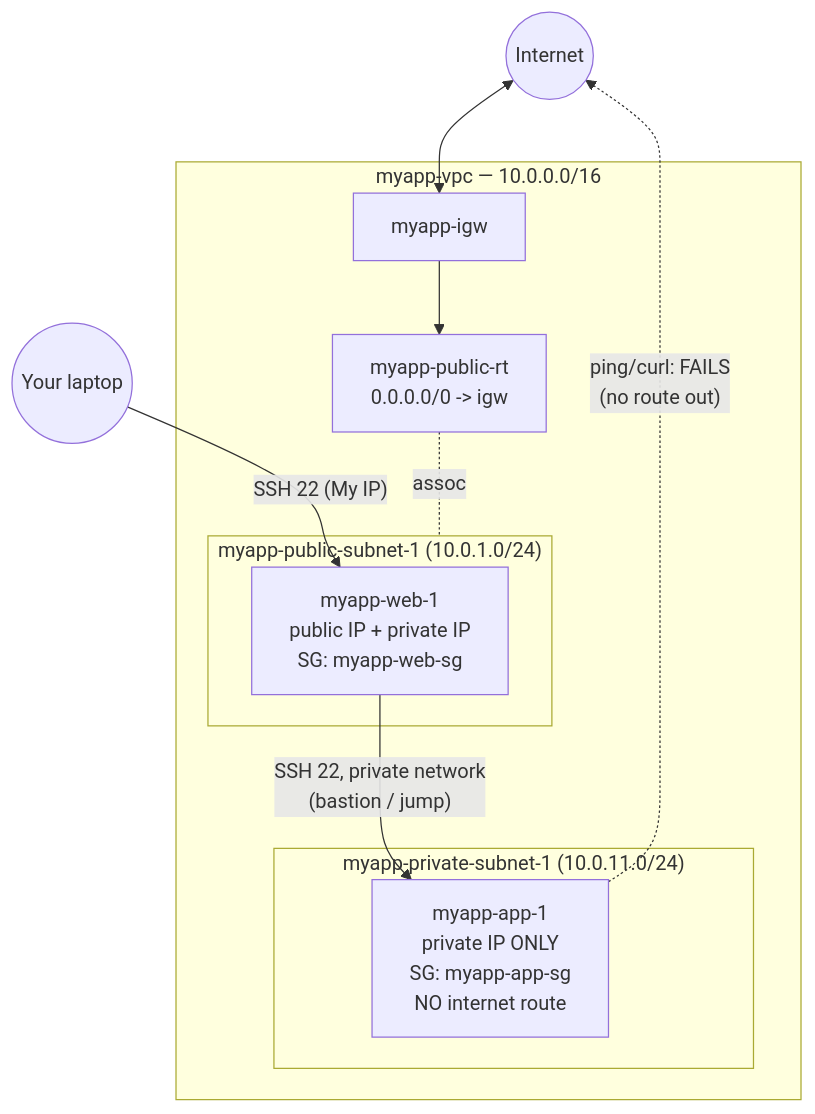
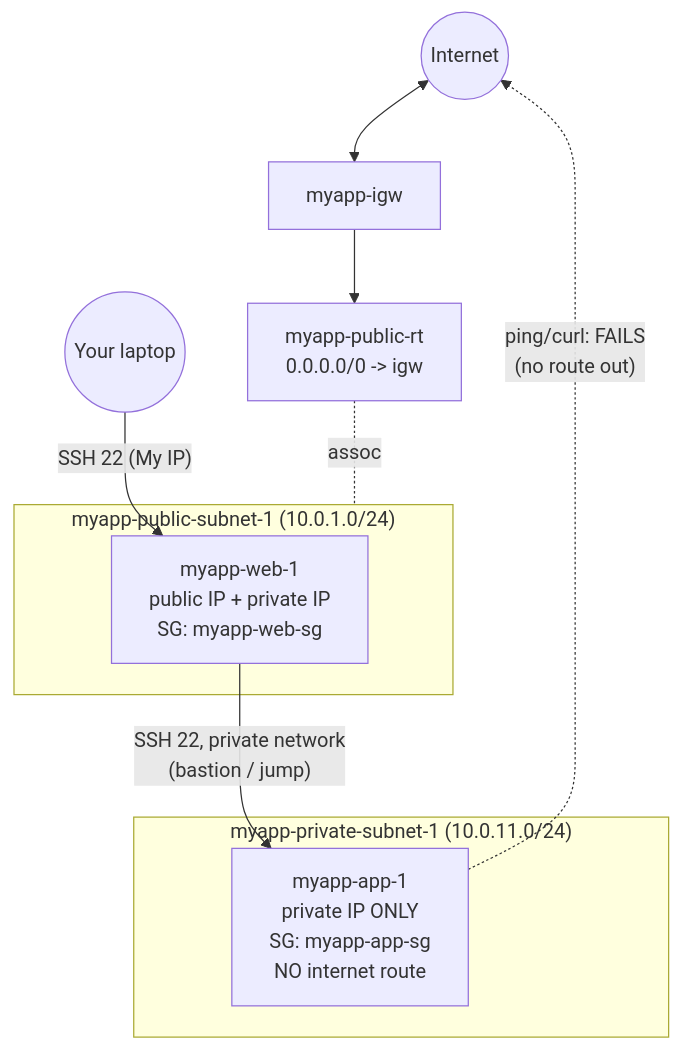
One commit to msdeepak052/AWS_Imp_Concepts changed the diagram in VPC/08-Public-and-Private-Subnets-HandsOn.md. Above: the diagram before and after it, drawn with Mermaid. The commit also changed 11 other files, not shown here.

Commit message:
Mermaid Diagram fixed

````diff
--- a/VPC/08-Public-and-Private-Subnets-HandsOn.md
+++ b/VPC/08-Public-and-Private-Subnets-HandsOn.md
@@ -126,22 +126,19 @@
 ```mermaid
 flowchart TD
     INTERNET(("Internet")) <--> IGW["myapp-igw"]
+    IGW --> RT_PUB["myapp-public-rt<br/>0.0.0.0/0 -> igw"]
 
-    subgraph VPC["myapp-vpc — 10.0.0.0/16"]
-        IGW --> RT_PUB["myapp-public-rt<br/>0.0.0.0/0 -> igw"]
+    subgraph PUB["myapp-public-subnet-1 (10.0.1.0/24)"]
+        WEB["myapp-web-1<br/>public IP + private IP<br/>SG: myapp-web-sg"]
+    end
 
-        subgraph PUB["myapp-public-subnet-1 (10.0.1.0/24)"]
-            WEB["myapp-web-1<br/>public IP + private IP<br/>SG: myapp-web-sg"]
-        end
+    subgraph PRIV["myapp-private-subnet-1 (10.0.11.0/24)"]
+        APP["myapp-app-1<br/>private IP ONLY<br/>SG: myapp-app-sg<br/>NO internet route"]
+    end
 
-        subgraph PRIV["myapp-private-subnet-1 (10.0.11.0/24)"]
-            APP["myapp-app-1<br/>private IP ONLY<br/>SG: myapp-app-sg<br/>NO internet route"]
-        end
-
-        RT_PUB -.assoc.- PUB
-        WEB -->|"SSH 22, private network<br/>(bastion / jump)"| APP
-    end
+    RT_PUB -.assoc.- PUB
+    WEB -->|"SSH 22, private network<br/>(bastion / jump)"| APP
 
     YOU(("Your laptop")) -->|"SSH 22 (My IP)"| WEB
     APP -.->|"ping/curl: FAILS<br/>(no route out)"| INTERNET
 ```
````
